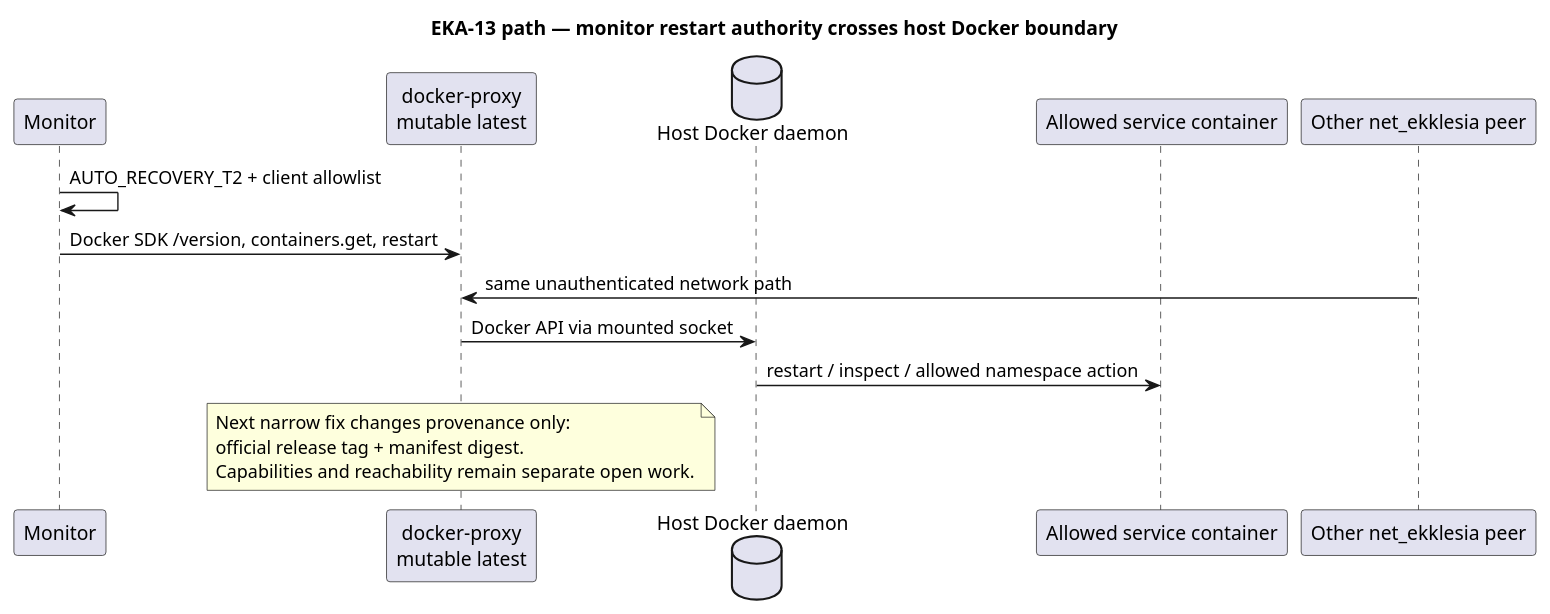
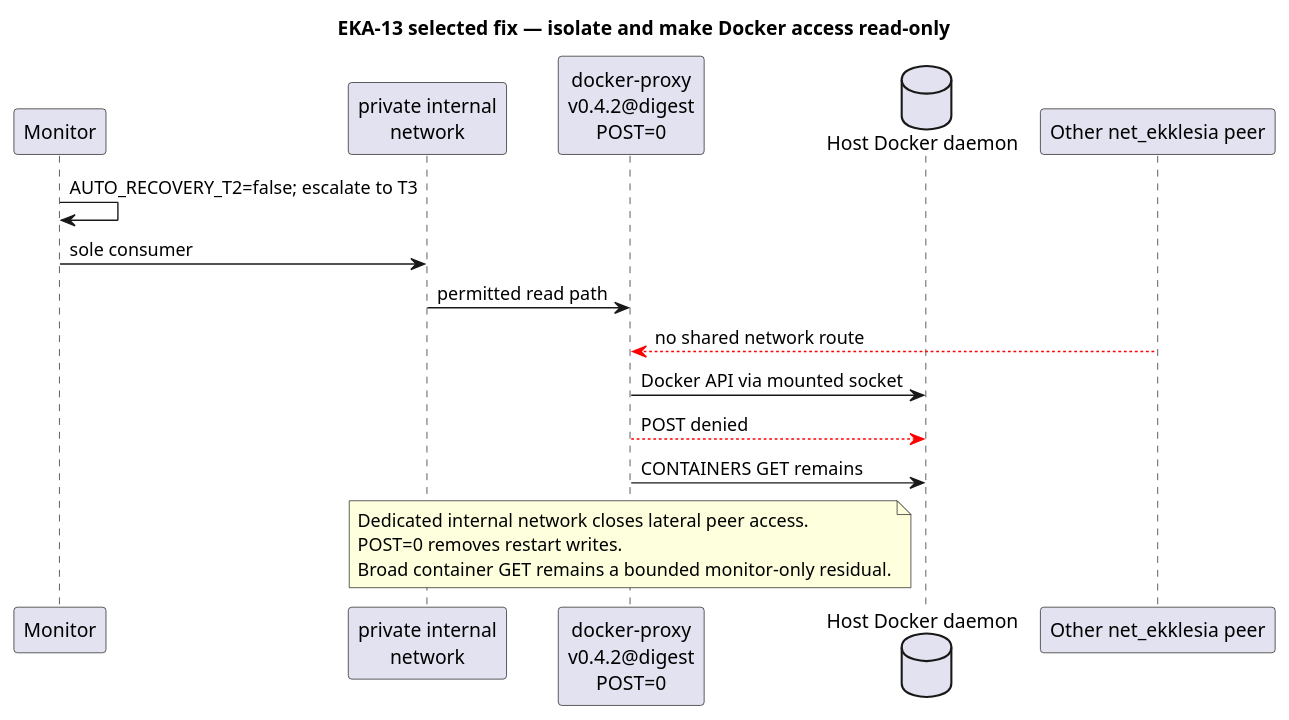
The second of 2 diagrams in docs/architecture/main-path.puml (NeaBouli/pnyx), drawn with PlantUML before and after one commit. The commit also changed 6 other files, not shown here.

Commit message:
docs(architecture): select EKA-13 isolation boundary

```diff
--- a/docs/architecture/main-path.puml
+++ b/docs/architecture/main-path.puml
@@ -18,20 +18,22 @@
 @startuml
-title EKA-13 path — monitor restart authority crosses host Docker boundary
+title EKA-13 selected fix — isolate and make Docker access read-only
 participant "Monitor" as Monitor
-participant "docker-proxy\nmutable latest" as Proxy
+participant "private internal\nnetwork" as Private
+participant "docker-proxy\nv0.4.2@digest\nPOST=0" as Proxy
 database "Host Docker daemon" as Docker
-participant "Allowed service container" as Service
 participant "Other net_ekklesia peer" as Peer
 
-Monitor -> Monitor : AUTO_RECOVERY_T2 + client allowlist
-Monitor -> Proxy : Docker SDK /version, containers.get, restart
-Peer -> Proxy : same unauthenticated network path
+Monitor -> Monitor : AUTO_RECOVERY_T2=false; escalate to T3
+Monitor -> Private : sole consumer
+Private -> Proxy : permitted read path
+Peer -[#red,dashed]> Proxy : no shared network route
 Proxy -> Docker : Docker API via mounted socket
-Docker -> Service : restart / inspect / allowed namespace action
+Proxy -[#red,dashed]> Docker : POST denied
+Proxy -> Docker : CONTAINERS GET remains
 
 note over Proxy
-Next narrow fix changes provenance only:
-official release tag + manifest digest.
-Capabilities and reachability remain separate open work.
+Dedicated internal network closes lateral peer access.
+POST=0 removes restart writes.
+Broad container GET remains a bounded monitor-only residual.
 end note
 @enduml
```
